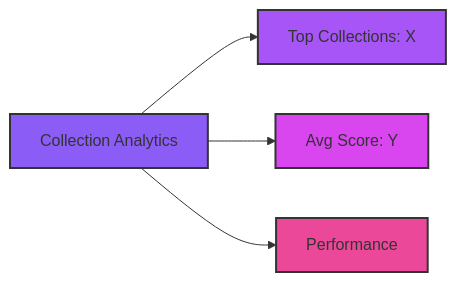
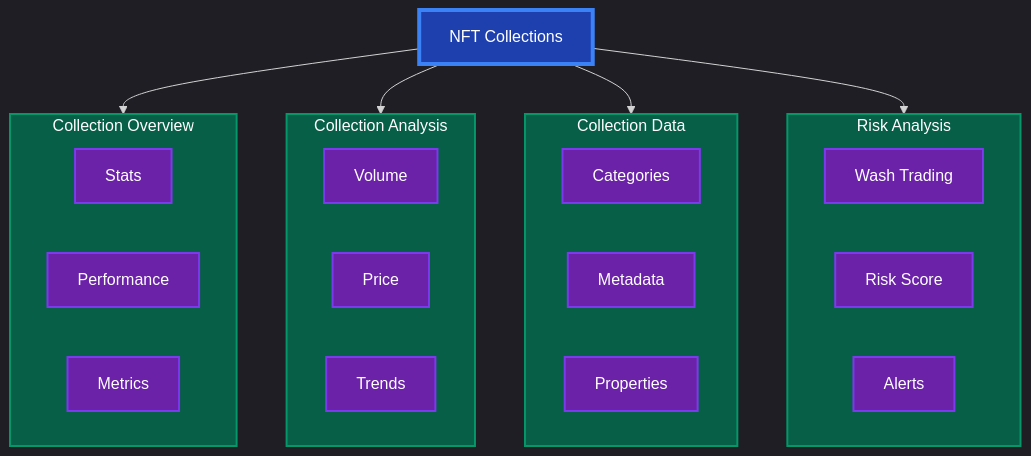
The third of 3 diagrams in VISION.md (Ujjwalmittal1907/bitsBlockBazaar), drawn with Mermaid before and after one commit. The commit also changed other lines of this file and 21 other files, not shown here.

````diff
--- a/VISION.md
+++ b/VISION.md
@@ -46,11 +111,45 @@
 ```mermaid
-graph LR
-    A[Collection Analytics] --> B[Top Collections: X]
-    A --> C[Avg Score: Y]
-    A --> D[Performance]
+%%{init: {'theme': 'dark', 'themeVariables': { 'fontSize': '16px', 'fontFamily': 'arial' }}}%%
+flowchart TB
+    classDef default fill:#2A2A2A,stroke:#666,color:#FFF,stroke-width:2px
+    classDef primary fill:#1E3A8A,stroke:#2563EB,color:#FFF,stroke-width:2px
+    classDef secondary fill:#065F46,stroke:#059669,color:#FFF,stroke-width:2px
+    classDef tertiary fill:#6B21A8,stroke:#7C3AED,color:#FFF,stroke-width:2px
     
-    style A fill:#8b5cf6,stroke:#333,stroke-width:2px
-    style B fill:#a855f7,stroke:#333,stroke-width:2px
-    style C fill:#d946ef,stroke:#333,stroke-width:2px
-    style D fill:#ec4899,stroke:#333,stroke-width:2px
+    A[NFT Collections]:::primary
+    
+    subgraph Overview[Collection Overview]
+        B1[Stats]:::tertiary
+        B2[Performance]:::tertiary
+        B3[Metrics]:::tertiary
+    end
+    
+    subgraph Analysis[Collection Analysis]
+        C1[Volume]:::tertiary
+        C2[Price]:::tertiary
+        C3[Trends]:::tertiary
+    end
+    
+    subgraph Data[Collection Data]
+        D1[Categories]:::tertiary
+        D2[Metadata]:::tertiary
+        D3[Properties]:::tertiary
+    end
+    
+    subgraph Risk[Risk Analysis]
+        E1[Wash Trading]:::tertiary
+        E2[Risk Score]:::tertiary
+        E3[Alerts]:::tertiary
+    end
+    
+    A --> Overview:::secondary
+    A --> Analysis:::secondary
+    A --> Data:::secondary
+    A --> Risk:::secondary
+    
+    style A fill:#1E40AF,stroke:#3B82F6,stroke-width:4px,color:#FFF
+    style Overview fill:#065F46,stroke:#059669,color:#FFF
+    style Analysis fill:#065F46,stroke:#059669,color:#FFF
+    style Data fill:#065F46,stroke:#059669,color:#FFF
+    style Risk fill:#065F46,stroke:#059669,color:#FFF
 ```
````
